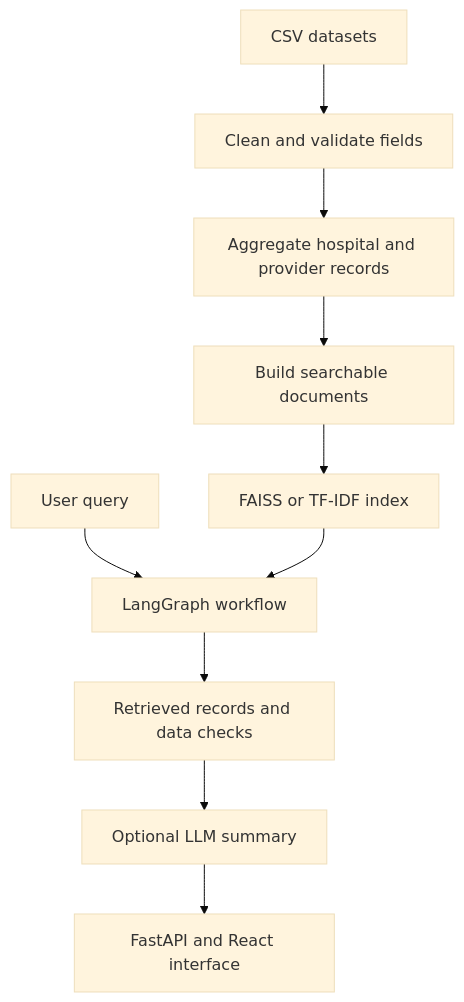
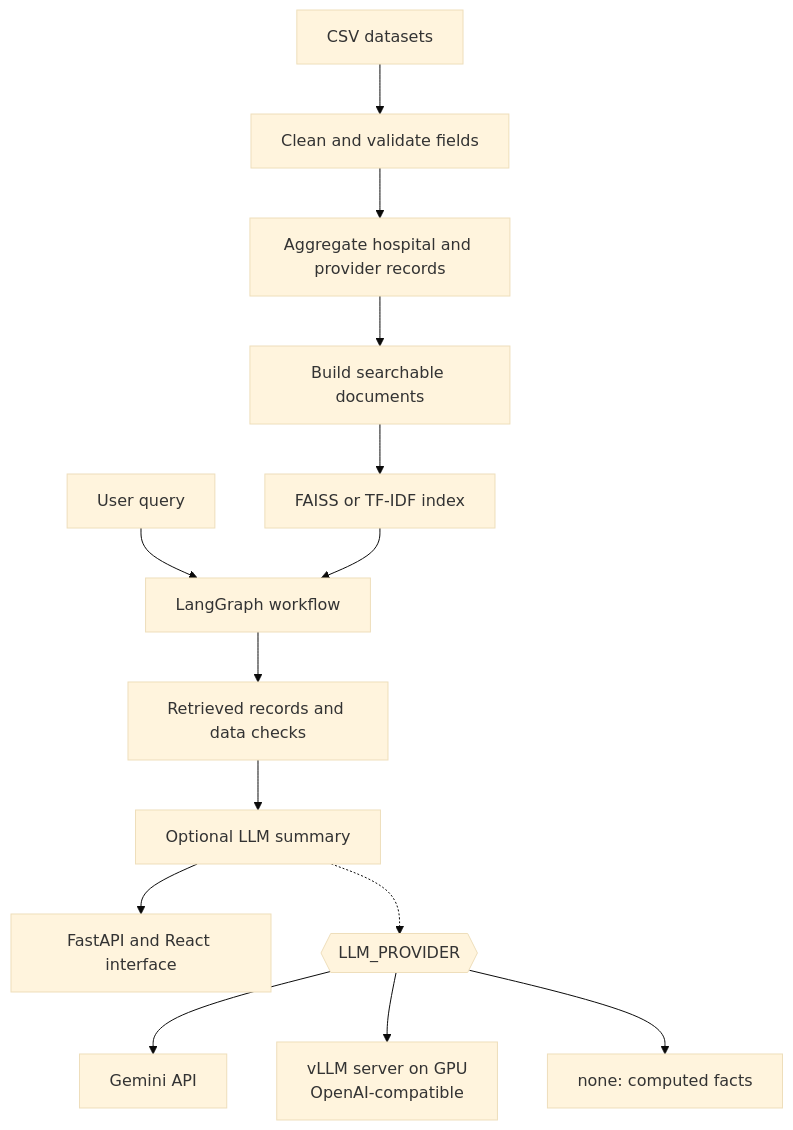
Before and after one commit to dhyanagni2001-commits/Agentic-AI-Healthcare-Intelligence-System: the diagram in README.md, drawn with Mermaid (base theme). The commit also changed other lines of this file and 37 other files, not shown here.

````diff
--- a/README.md
+++ b/README.md
@@ -33,12 +37,16 @@
 ```mermaid
 flowchart TD
     A[CSV datasets] --> B[Clean and validate fields]
     B --> C[Aggregate hospital and provider records]
     C --> D[Build searchable documents]
     D --> E[FAISS or TF-IDF index]
     F[User query] --> G[LangGraph workflow]
     E --> G
     G --> H[Retrieved records and data checks]
     H --> I[Optional LLM summary]
     I --> J[FastAPI and React interface]
+    I -.-> L{{LLM_PROVIDER}}
+    L --> M[Gemini API]
+    L --> N[vLLM server on GPU<br/>OpenAI-compatible]
+    L --> O[none: computed facts]
 ```
````
